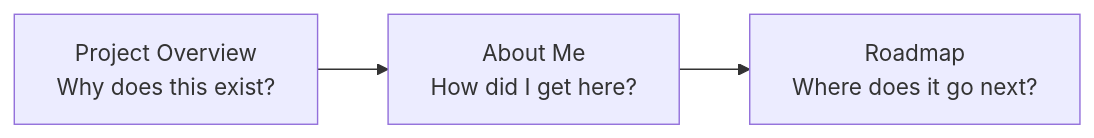
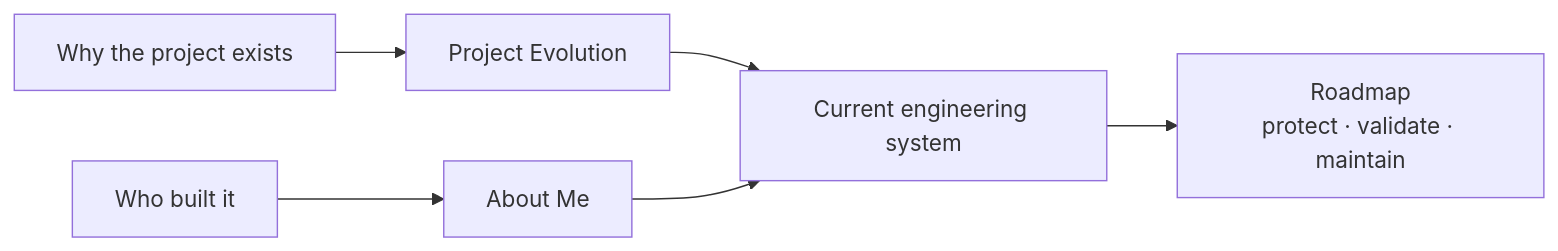
Before and after one commit to tks18/personal-finance-etl: the first of 2 diagrams in docs/about/README.md, drawn with Mermaid. The commit also changed other lines of this file, not shown here.

````diff
--- a/docs/about/README.md
+++ b/docs/about/README.md
@@ -5,5 +7,8 @@
 ```mermaid
 flowchart LR
-    PROJECT["Project Overview<br/>Why does this exist?"] --> ME["About Me<br/>How did I get here?"]
-    ME --> ROAD["Roadmap<br/>Where does it go next?"]
+    WHY["Why the project exists"] --> PROJECT["Project Evolution"]
+    WHO["Who built it"] --> ME["About Me"]
+    PROJECT --> NOW["Current engineering system"]
+    ME --> NOW
+    NOW --> ROADMAP["Roadmap<br/>protect · validate · maintain"]
 ```
````
